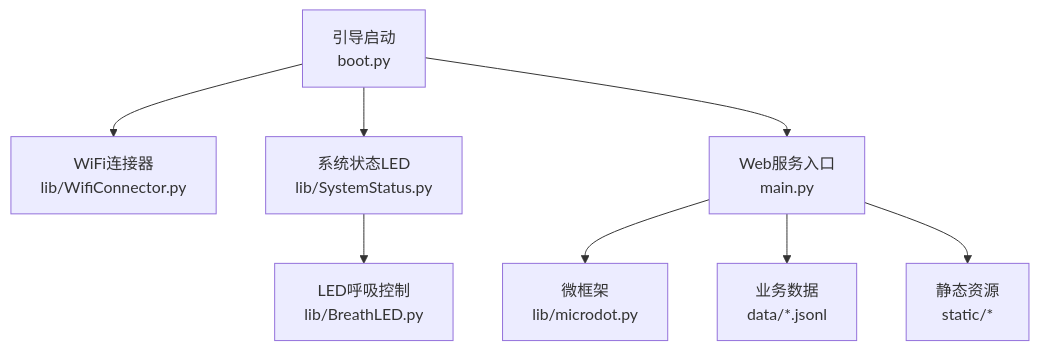
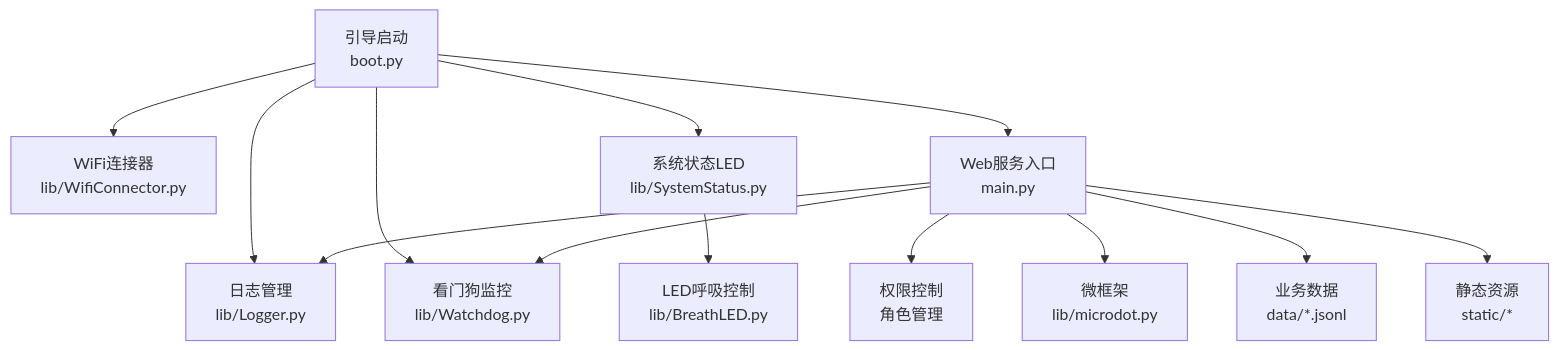
One commit to qq20739111/weilushishe-lishitai changed the first of 4 diagrams in .qoder/repowiki/zh/content/部署运维/部署运维.md. Above: the diagram before and after it, drawn with Mermaid. The commit also changed other lines of this file and 23 other files, not shown here.

````diff
--- a/.qoder/repowiki/zh/content/部署运维/部署运维.md
+++ b/.qoder/repowiki/zh/content/部署运维/部署运维.md
@@ -40,10 +54,15 @@
 ```mermaid
 graph TB
-Boot["引导启动<br/>boot.py"] --> Wifi["WiFi连接器<br/>lib/WifiConnector.py"]
+Boot["引导启动<br/>boot.py"] --> Logger["日志管理<br/>lib/Logger.py"]
+Boot --> Watchdog["看门狗监控<br/>lib/Watchdog.py"]
+Boot --> Wifi["WiFi连接器<br/>lib/WifiConnector.py"]
 Boot --> Status["系统状态LED<br/>lib/SystemStatus.py"]
 Boot --> Main["Web服务入口<br/>main.py"]
+Main --> Logger
+Main --> Watchdog
+Main --> Auth["权限控制<br/>角色管理"]
 Main --> Microdot["微框架<br/>lib/microdot.py"]
 Main --> Data["业务数据<br/>data/*.jsonl"]
 Main --> Static["静态资源<br/>static/*"]
 Status --> Breath["LED呼吸控制<br/>lib/BreathLED.py"]
 ```
````
